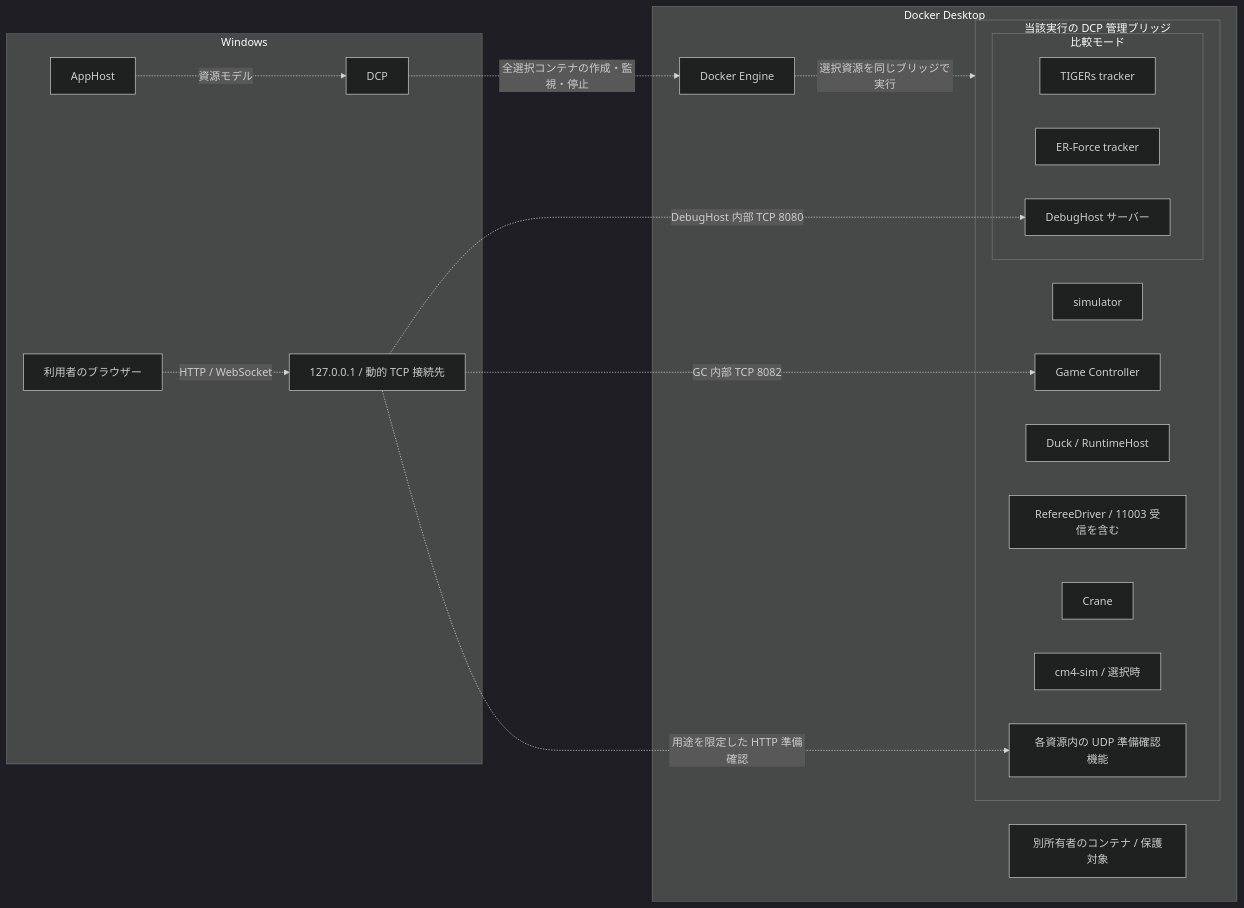
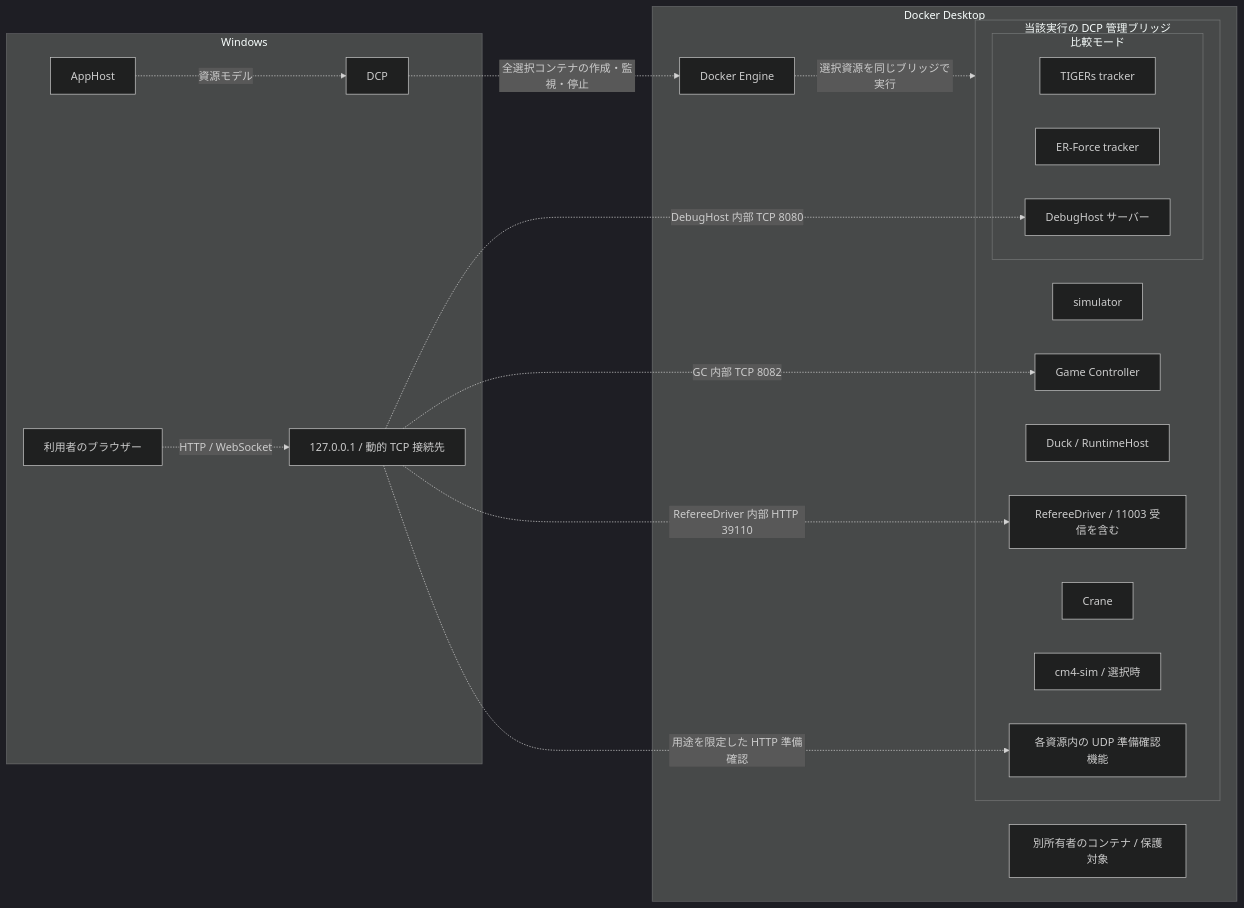
One commit to ibis-ssl/Duck changed the first of 3 diagrams in Tracker/Design/Testing/aspire-simulation-test-environment.md. Above: the diagram before and after it, drawn with Mermaid (dark theme). The commit also changed other lines of this file and 295 other files, not shown here.

````diff
--- a/Tracker/Design/Testing/aspire-simulation-test-environment.md
+++ b/Tracker/Design/Testing/aspire-simulation-test-environment.md
@@ -39,34 +39,35 @@
 ```mermaid
 flowchart LR
  subgraph win[Windows]
   browser[利用者のブラウザー]
   app[AppHost]
   dcp[DCP]
   ports[127.0.0.1 / 動的 TCP 接続先]
   app -. 資源モデル .-> dcp
   browser -. HTTP / WebSocket .-> ports
  end
  subgraph desktop[Docker Desktop]
   engine[Docker Engine]
   subgraph bridge[当該実行の DCP 管理ブリッジ]
    sim[simulator]
    gc[Game Controller]
    duck[Duck / RuntimeHost]
    ref[RefereeDriver / 11003 受信を含む]
    crane[Crane]
    cm4[cm4-sim / 選択時]
    checks[各資源内の UDP 準備確認機能]
    subgraph optional[比較モード]
     tigers[TIGERs tracker]
     erforce[ER-Force tracker]
     debug[DebugHost サーバー]
    end
   end
   foreign[別所有者のコンテナ / 保護対象]
  end
  dcp -. 全選択コンテナの作成・監視・停止 .-> engine
  engine -. 選択資源を同じブリッジで実行 .-> bridge
  ports -. GC 内部 TCP 8082 .-> gc
  ports -. DebugHost 内部 TCP 8080 .-> debug
+ ports -. RefereeDriver 内部 HTTP 39110 .-> ref
  ports -. 用途を限定した HTTP 準備確認 .-> checks
 ```
````
